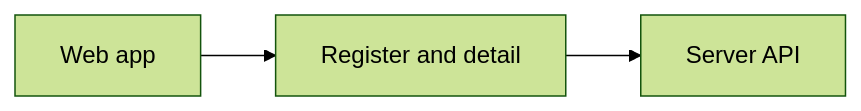
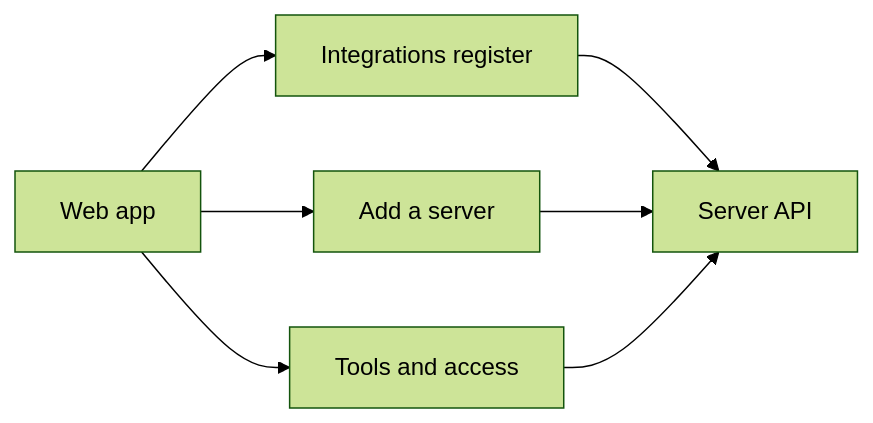
The diagram in docs/process/integrations-screens/README.md (elewa-git/opencrane-new), drawn with Mermaid (forest theme) before and after one commit. The commit also changed other lines of this file and 263 other files, not shown here.

````diff
--- a/docs/process/integrations-screens/README.md
+++ b/docs/process/integrations-screens/README.md
@@ -7,5 +7,9 @@
 ```mermaid
 flowchart LR
-  web[Web app] --> register[Register and detail]
+  web[Web app] --> register[Integrations register]
+  web --> add[Add a server]
+  web --> tools[Tools and access]
   register --> server[Server API]
+  add --> server
+  tools --> server
 ```
````
